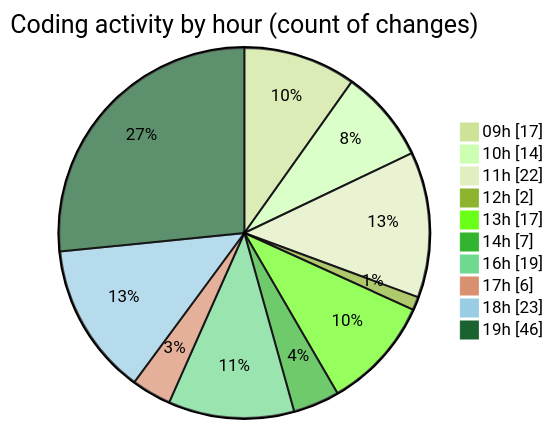
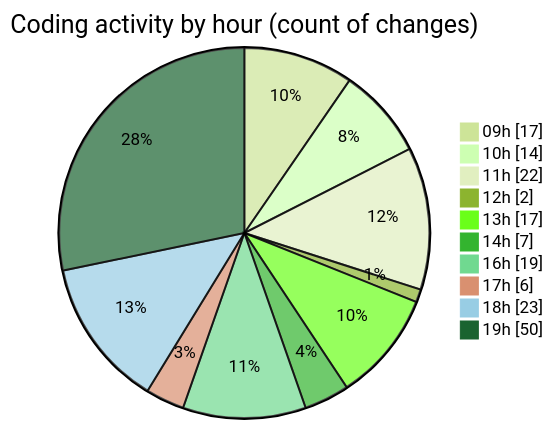
The second of 2 diagrams in 2026-04-28/cda/README.md (momahboobian/code-tracking), drawn with Mermaid (forest theme) before and after one commit. The commit also changed other lines of this file and 1 other file, not shown here.

````diff
--- a/2026-04-28/cda/README.md
+++ b/2026-04-28/cda/README.md
@@ -80,14 +80,14 @@
 ```mermaid
 pie showData
 title Coding activity by hour (count of changes)
 "09h" : 17
 "10h" : 14
 "11h" : 22
 "12h" : 2
 "13h" : 17
 "14h" : 7
 "16h" : 19
 "17h" : 6
 "18h" : 23
-"19h" : 46
+"19h" : 50
 ```
````
